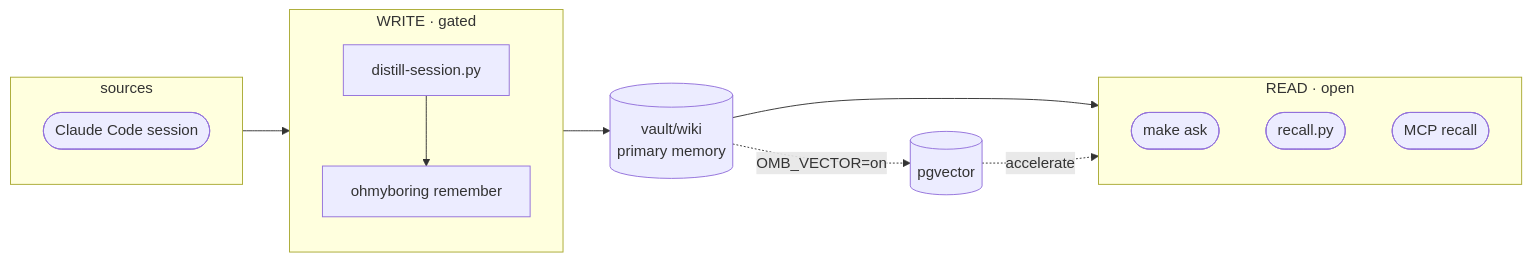
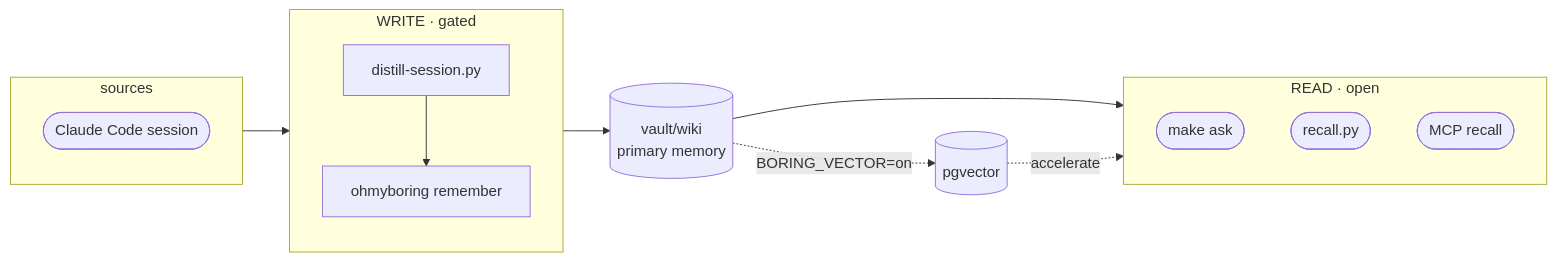
Before and after one commit to jazz1x/ohmyboring: the diagram in README.ja.md, drawn with Mermaid. The commit also changed other lines of this file and 35 other files, not shown here.

````diff
--- a/README.ja.md
+++ b/README.ja.md
@@ -78,18 +78,18 @@
 ```mermaid
 flowchart LR
   subgraph SRC [sources]
     CC([Claude Code session])
   end
   subgraph WRITE [WRITE · gated]
     D["distill-session.py"] --> REM["ohmyboring remember"]
   end
   WIKI[("vault/wiki<br/>primary memory")]
   subgraph RD [READ · open]
     ASK([make ask])
     REC([recall.py])
     MCP([MCP recall])
   end
   SRC --> WRITE --> WIKI --> RD
-  WIKI -. "OMB_VECTOR=on" .-> PG[("pgvector")]
+  WIKI -. "BORING_VECTOR=on" .-> PG[("pgvector")]
   PG -. accelerate .-> RD
 ```
````
